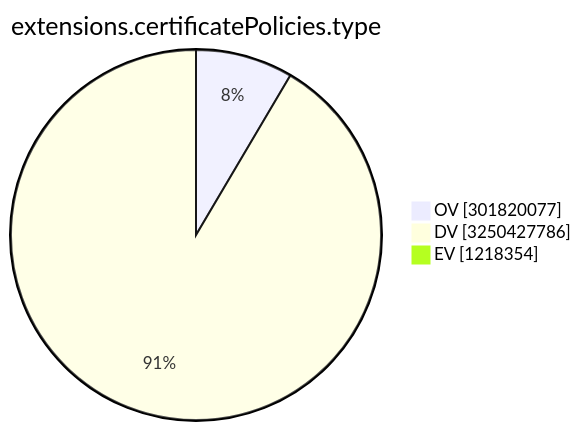
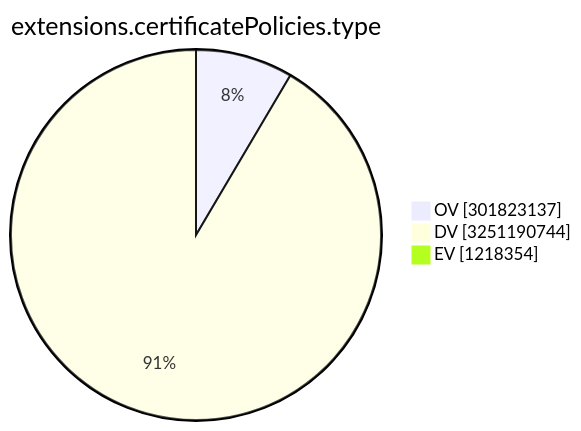
One commit to christiankrug/ctmonitor_visualization changed the ninth of 15 diagrams in TOTAL/README.md. Above: the diagram before and after it, drawn with Mermaid. The commit also changed other lines of this file, not shown here.

````diff
--- a/TOTAL/README.md
+++ b/TOTAL/README.md
@@ -3107,7 +3107,7 @@
 ```mermaid
 pie showData
 title extensions.certificatePolicies.type
-"OV" :301820077
-"DV" :3250427786
+"OV" :301823137
+"DV" :3251190744
 "EV" :1218354
 ```
````
